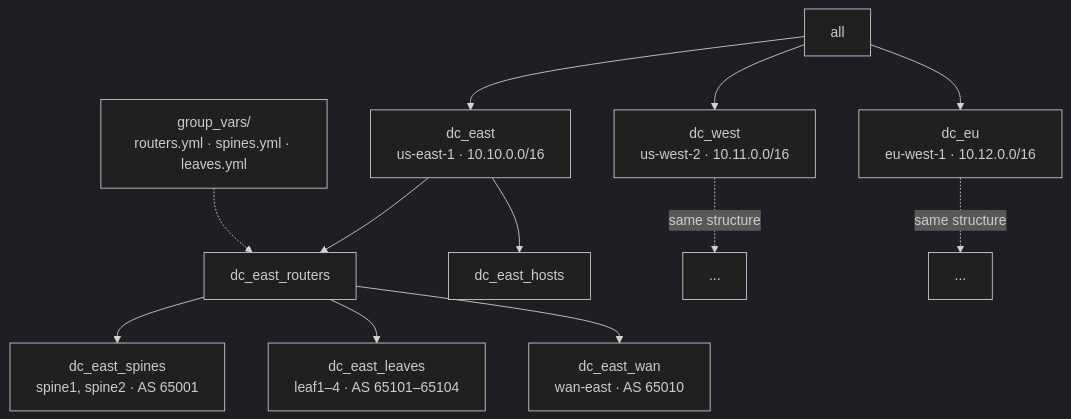
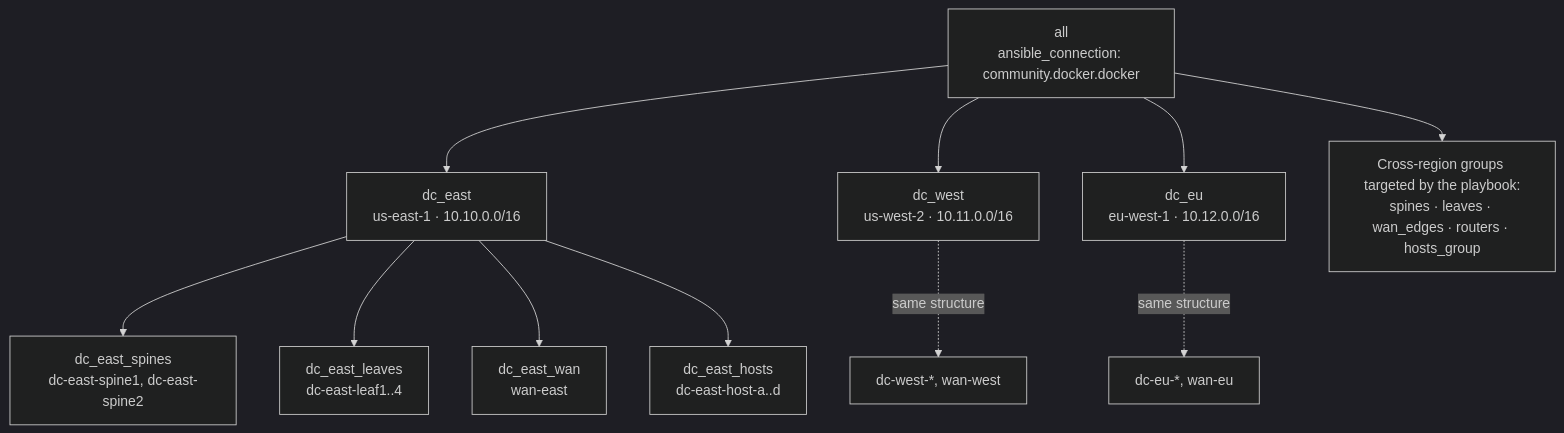
One commit to macrohard1970/ResilientCloud changed the fourth of 4 diagrams in docs/diagrams/automation-workflow.md. Above: the diagram before and after it, drawn with Mermaid (dark theme). The commit also changed other lines of this file and 12 other files, not shown here.

First line of the commit message:
docs: align all docs and diagrams with the fixed lab; add CHANGELOG

````diff
--- a/docs/diagrams/automation-workflow.md
+++ b/docs/diagrams/automation-workflow.md
@@ -90,15 +91,14 @@
 ```mermaid
 graph TB
-    ALL["all"] --> E["dc_east<br/>us-east-1 · 10.10.0.0/16"]
+    ALL["all<br/>ansible_connection: community.docker.docker"] --> E["dc_east<br/>us-east-1 · 10.10.0.0/16"]
     ALL --> W["dc_west<br/>us-west-2 · 10.11.0.0/16"]
     ALL --> EU["dc_eu<br/>eu-west-1 · 10.12.0.0/16"]
-    E --> ER["dc_east_routers"]
-    E --> EH["dc_east_hosts"]
-    ER --> ES["dc_east_spines<br/>spine1, spine2 · AS 65001"]
-    ER --> EL["dc_east_leaves<br/>leaf1–4 · AS 65101–65104"]
-    ER --> EW["dc_east_wan<br/>wan-east · AS 65010"]
-    W -.->|"same structure"| W2["..."]
-    EU -.->|"same structure"| EU2["..."]
+    E --> ES["dc_east_spines<br/>dc-east-spine1, dc-east-spine2"]
+    E --> EL["dc_east_leaves<br/>dc-east-leaf1..4"]
+    E --> EW["dc_east_wan<br/>wan-east"]
+    E --> EH["dc_east_hosts<br/>dc-east-host-a..d"]
+    W -.->|"same structure"| W2["dc-west-*, wan-west"]
+    EU -.->|"same structure"| EU2["dc-eu-*, wan-eu"]
 
-    GV["group_vars/<br/>routers.yml · spines.yml · leaves.yml"] -.-> ER
+    ALL --> G["Cross-region groups targeted by the playbook:<br/>spines · leaves · wan_edges · routers · hosts_group"]
 ```
````
